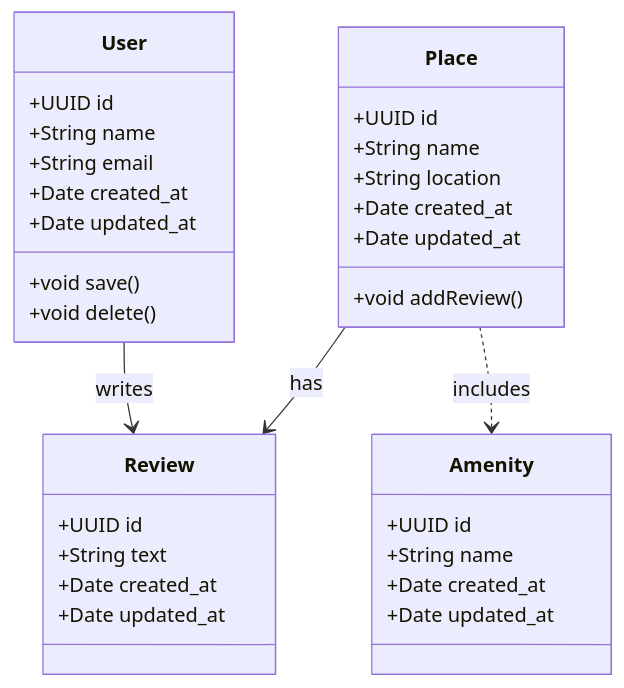
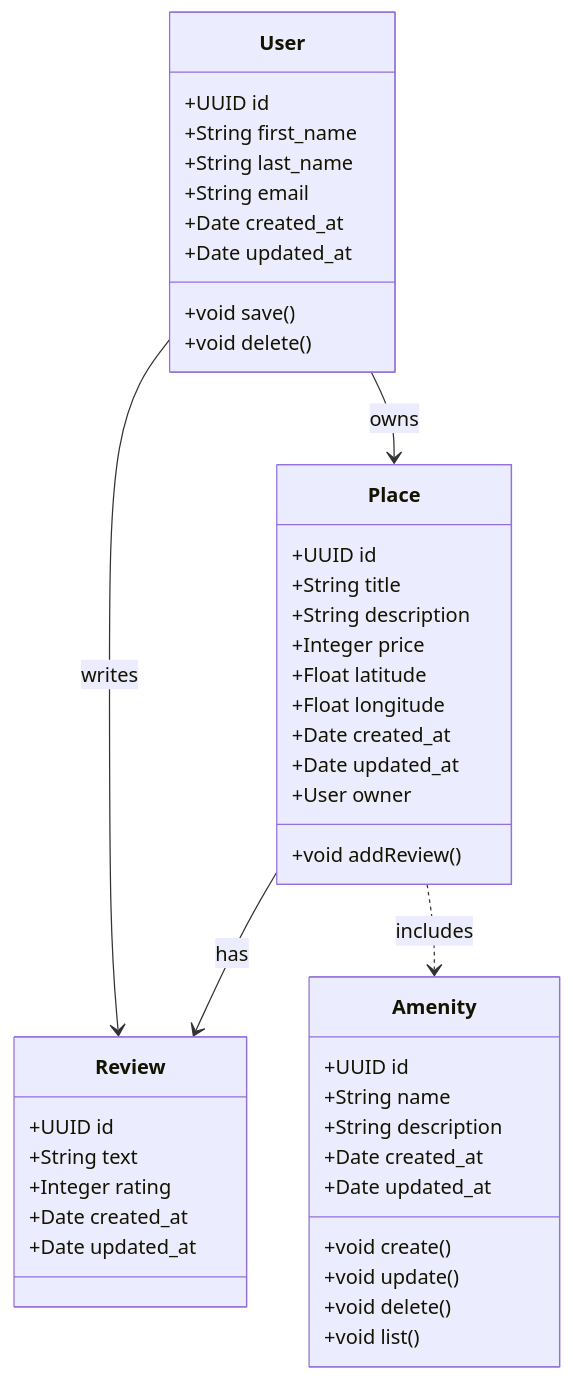
Before and after one commit to BenoitMain/holbertonschool-hbnb: the diagram in part1/1. Detailed Class Diagram for Business Logic Layer.md, drawn with Mermaid. The commit also changed other lines of this file, not shown here.

Commit message:
docs: update mermaid diagramm

````diff
--- a/part1/1. Detailed Class Diagram for Business Logic Layer.md
+++ b/part1/1. Detailed Class Diagram for Business Logic Layer.md
@@ -52,41 +59,54 @@
 ```mermaid
 
 classDiagram
   class User {
       +UUID id
-      +String name
+      +String first_name
+      +String last_name
       +String email
       +Date created_at
       +Date updated_at
       +void save()
       +void delete()
   }
 
   class Place {
       +UUID id
-      +String name
-      +String location
+      +String title
+      +String description
+      +Integer price
+      +Float latitude
+      +Float longitude
       +Date created_at
       +Date updated_at
+      +User owner
       +void addReview()
   }
 
   class Review {
       +UUID id
       +String text
+      +Integer rating
       +Date created_at
       +Date updated_at
   }
 
   class Amenity {
       +UUID id
       +String name
+      +String description
       +Date created_at
       +Date updated_at
+      +void create()
+      +void update()
+      +void delete()
+      +void list()
   }
 
+  User --> Place : owns
   User --> Review : writes
   Place --> Review : has
   Place ..> Amenity : includes
 
+
 ```
````
